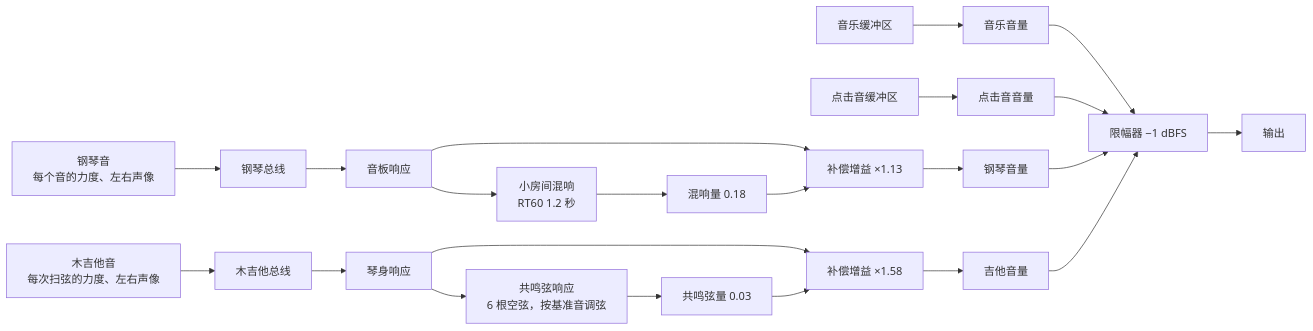
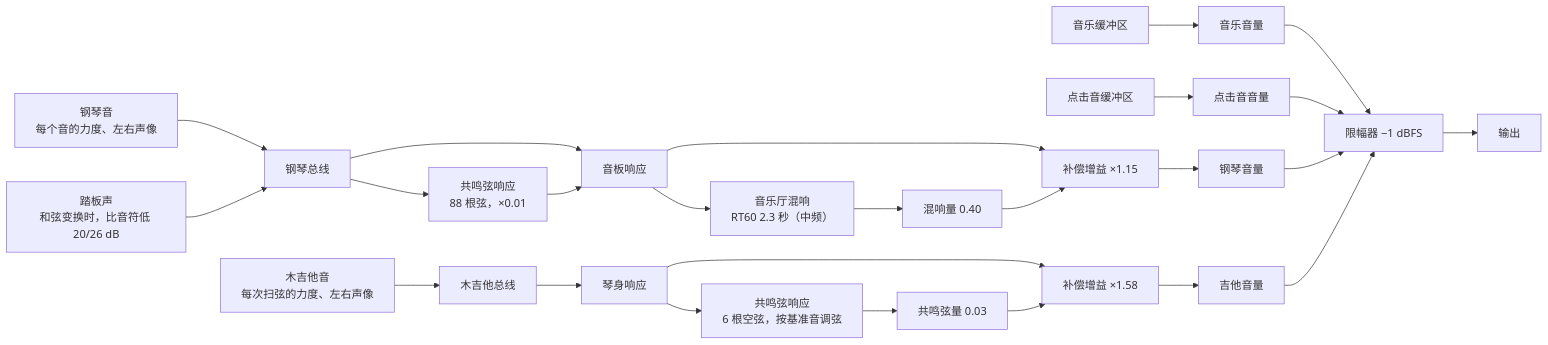
Before and after one commit to Velvitty/Chordity: the third of 3 diagrams in README.zh.md, drawn with Mermaid. The commit also changed other lines of this file and 7 other files, not shown here.

````diff
--- a/README.zh.md
+++ b/README.zh.md
@@ -1419,18 +1419,20 @@
 ```mermaid
 flowchart LR
   M["音乐缓冲区"] --> GM["音乐音量"]
   C["点击音缓冲区"] --> GC["点击音音量"]
   P["钢琴音<br/>每个音的力度、左右声像"] --> PB["钢琴总线"] --> SB["音板响应"]
-  SB --> MP["补偿增益 ×1.13"]
-  SB --> RP["小房间混响<br/>RT60 1.2 秒"] --> WP["混响量 0.18"] --> MP
+  PN["踏板声<br/>和弦变换时，比音符低 20/26 dB"] --> PB
+  PB --> RS["共鸣弦响应<br/>88 根弦，×0.01"] --> SB
+  SB --> MP["补偿增益 ×1.15"]
+  SB --> RP["音乐厅混响<br/>RT60 2.3 秒（中频）"] --> WP["混响量 0.40"] --> MP
   G["木吉他音<br/>每次扫弦的力度、左右声像"] --> GB["木吉他总线"] --> BD["琴身响应"]
   BD --> MG["补偿增益 ×1.58"]
   BD --> RG["共鸣弦响应<br/>6 根空弦，按基准音调弦"] --> WG["共鸣弦量 0.03"] --> MG
   MP --> GP["钢琴音量"]
   MG --> GG["吉他音量"]
   GM --> L["限幅器 −1 dBFS"]
   GC --> L
   GP --> L
   GG --> L
   L --> O["输出"]
 ```
````
